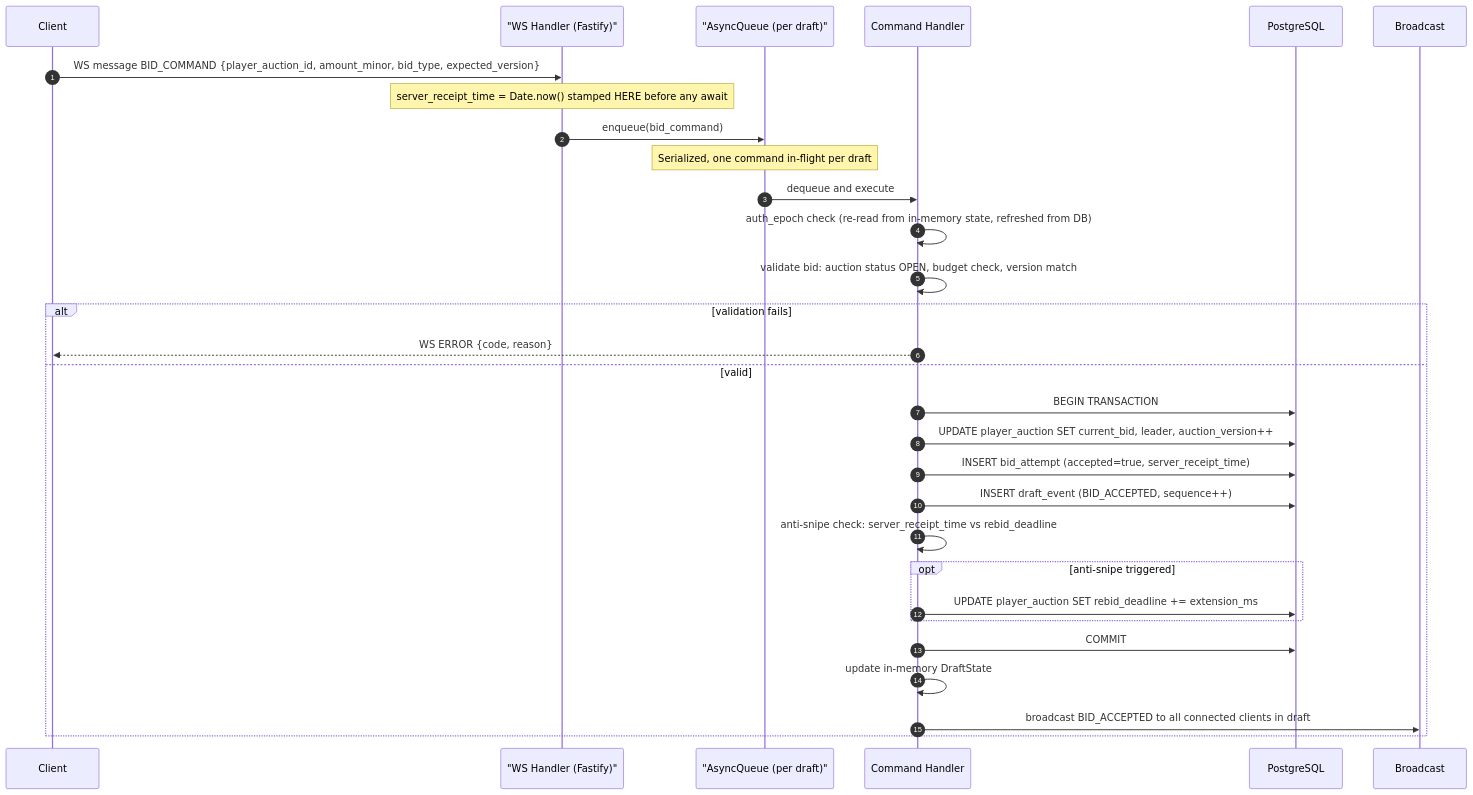
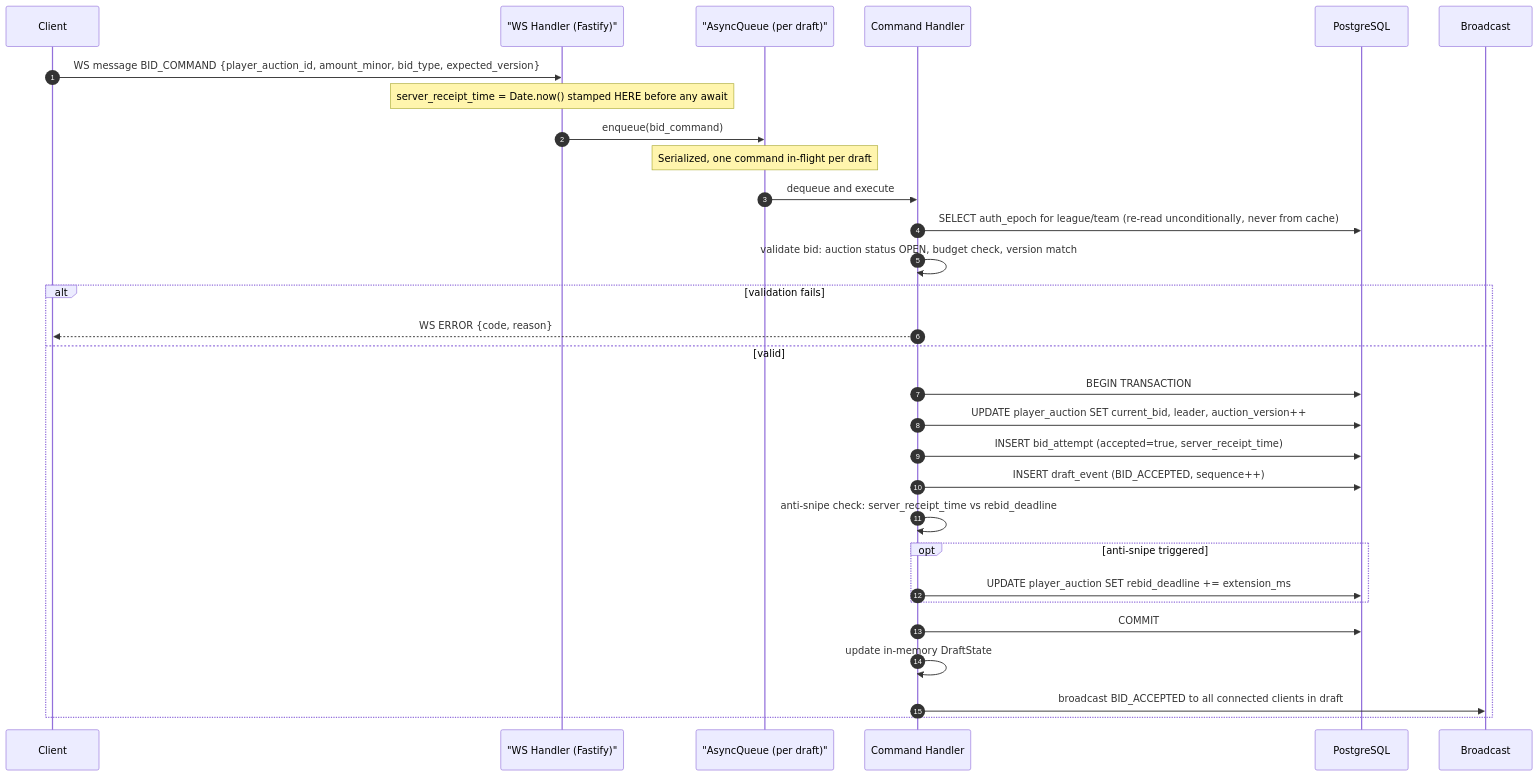
The second of 8 diagrams in .aah/architecture/application-flow.md (maccorless/Draft), drawn with Mermaid before and after one commit. The commit also changed 13 other files, not shown here.

````diff
--- a/.aah/architecture/application-flow.md
+++ b/.aah/architecture/application-flow.md
@@ -66,35 +66,35 @@
 ```mermaid
 sequenceDiagram
     autonumber
     participant C as Client
     participant WS as "WS Handler (Fastify)"
     participant Q as "AsyncQueue (per draft)"
     participant CMD as Command Handler
     participant DB as PostgreSQL
     participant BCAST as Broadcast
 
     C->>WS: WS message BID_COMMAND {player_auction_id, amount_minor, bid_type, expected_version}
     note over WS: server_receipt_time = Date.now() stamped HERE before any await
     WS->>Q: enqueue(bid_command)
 
     note over Q: Serialized, one command in-flight per draft
     Q->>CMD: dequeue and execute
 
-    CMD->>CMD: auth_epoch check (re-read from in-memory state, refreshed from DB)
+    CMD->>DB: SELECT auth_epoch for league/team (re-read unconditionally, never from cache)
     CMD->>CMD: validate bid: auction status OPEN, budget check, version match
     alt validation fails
         CMD-->>C: WS ERROR {code, reason}
     else valid
         CMD->>DB: BEGIN TRANSACTION
         CMD->>DB: UPDATE player_auction SET current_bid, leader, auction_version++
         CMD->>DB: INSERT bid_attempt (accepted=true, server_receipt_time)
         CMD->>DB: INSERT draft_event (BID_ACCEPTED, sequence++)
         CMD->>CMD: anti-snipe check: server_receipt_time vs rebid_deadline
         opt anti-snipe triggered
             CMD->>DB: UPDATE player_auction SET rebid_deadline += extension_ms
         end
         CMD->>DB: COMMIT
         CMD->>CMD: update in-memory DraftState
         CMD->>BCAST: broadcast BID_ACCEPTED to all connected clients in draft
     end
 ```
````
